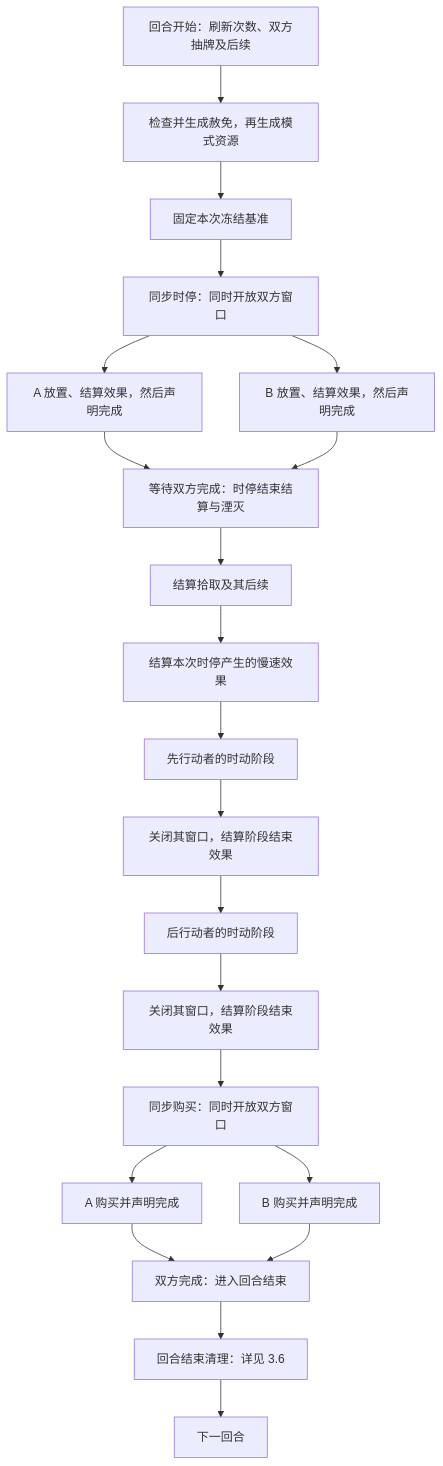
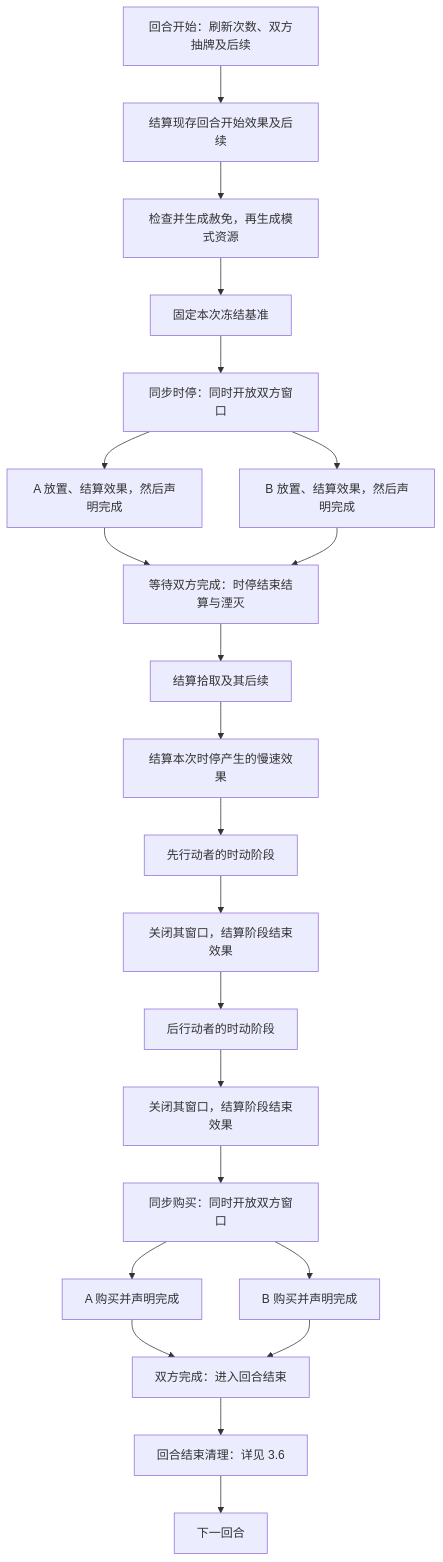
The first of 2 diagrams in docs/rules/common/rounds.md (Time-Block-Hero/tbh-website), drawn with Mermaid before and after one commit. The commit also changed other lines of this file and 15 other files, not shown here.

````diff
--- a/docs/rules/common/rounds.md
+++ b/docs/rules/common/rounds.md
@@ -17,24 +17,25 @@
 ```mermaid
 flowchart TD
   start["回合开始：刷新次数、双方抽牌及后续"]
-  start --> relief["检查并生成赦免，再生成模式资源"]
+  start --> roundEffects["结算现存回合开始效果及后续"]
+  roundEffects --> relief["检查并生成赦免，再生成模式资源"]
   relief --> freeze["固定本次冻结基准"]
   freeze --> stop["同步时停：同时开放双方窗口"]
   stop --> a["A 放置、结算效果，然后声明完成"]
   stop --> b["B 放置、结算效果，然后声明完成"]
   a --> join["等待双方完成：时停结束结算与湮灭"]
   b --> join
   join --> pickup["结算拾取及其后续"]
   pickup --> slow["结算本次时停产生的慢速效果"]
   slow --> first["先行动者的时动阶段"]
   first --> firstEnd["关闭其窗口，结算阶段结束效果"]
   firstEnd --> second["后行动者的时动阶段"]
   second --> secondEnd["关闭其窗口，结算阶段结束效果"]
   secondEnd --> shop["同步购买：同时开放双方窗口"]
   shop --> buyA["A 购买并声明完成"]
   shop --> buyB["B 购买并声明完成"]
   buyA --> finish["双方完成：进入回合结束"]
   buyB --> finish
   finish --> clean["回合结束清理：详见 3.6"]
   clean --> next["下一回合"]
 ```
````
